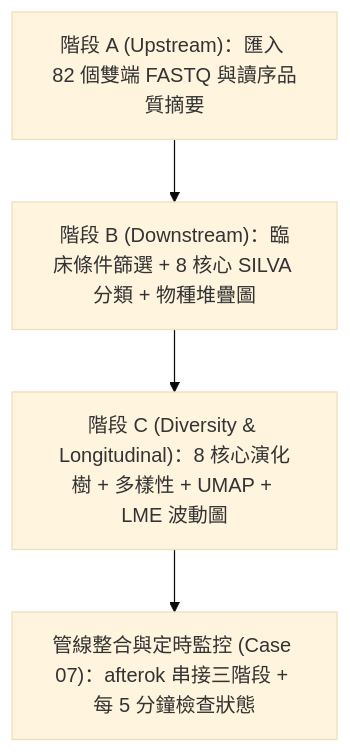
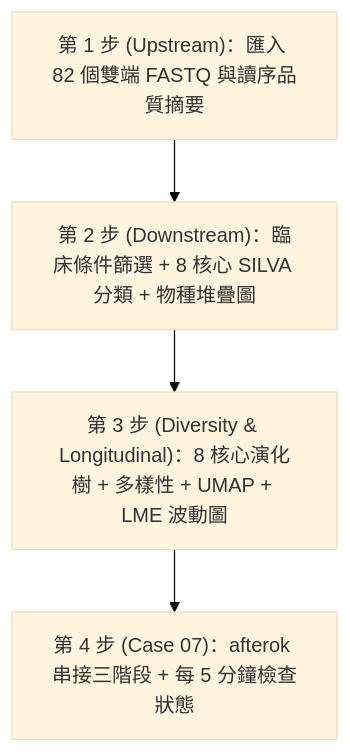
Before and after one commit to gemini960114/nano4-ngs-slurm-skill: the diagram in 04-qiime2-microbiome-pipeline/README.md, drawn with Mermaid (base theme). The commit also changed other lines of this file and 3 other files, not shown here.

````diff
--- a/04-qiime2-microbiome-pipeline/README.md
+++ b/04-qiime2-microbiome-pipeline/README.md
@@ -9,6 +13,6 @@
 ```mermaid
 flowchart TD
-    A["階段 A (Upstream)：匯入 82 個雙端 FASTQ 與讀序品質摘要"] --> B["階段 B (Downstream)：臨床條件篩選 + 8 核心 SILVA 分類 + 物種堆疊圖"]
-    B --> C["階段 C (Diversity & Longitudinal)：8 核心演化樹 + 多樣性 + UMAP + LME 波動圖"]
-    C --> D["管線整合與定時監控 (Case 07)：afterok 串接三階段 + 每 5 分鐘檢查狀態"]
+    A["第 1 步 (Upstream)：匯入 82 個雙端 FASTQ 與讀序品質摘要"] --> B["第 2 步 (Downstream)：臨床條件篩選 + 8 核心 SILVA 分類 + 物種堆疊圖"]
+    B --> C["第 3 步 (Diversity & Longitudinal)：8 核心演化樹 + 多樣性 + UMAP + LME 波動圖"]
+    C --> D["第 4 步 (Case 07)：afterok 串接三階段 + 每 5 分鐘檢查狀態"]
 ```
````
